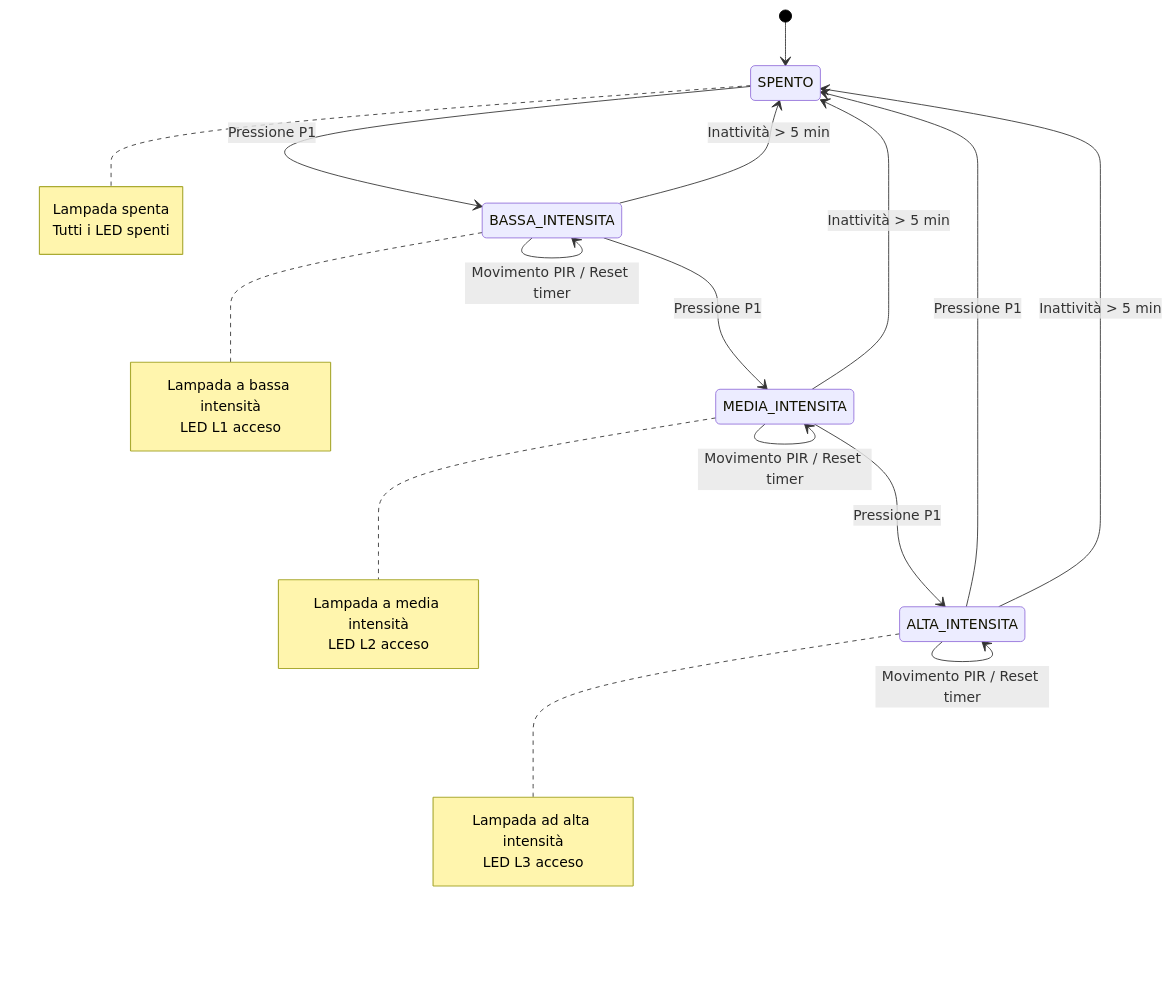
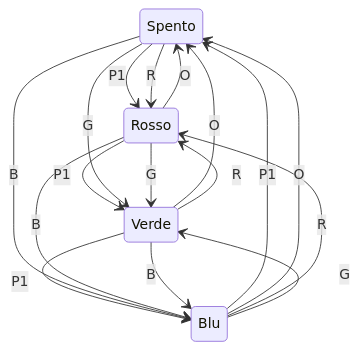
One commit to sebastianomelita/ArduinoBareMetal changed the diagram in luciseriale.md. Above: the diagram before and after it, drawn with Mermaid.

````diff
--- a/luciseriale.md
+++ b/luciseriale.md
@@ -92,38 +92,24 @@
 ```mermaid
 %%{init: {'theme': 'default', 'themeVariables': { 'primaryColor': '#ffffff', 'primaryTextColor': '#000000', 'primaryBorderColor': '#000000', 'lineColor': '#000000', 'secondaryColor': '#f4f4f4', 'tertiaryColor': '#ffffff' }}}%%
 stateDiagram-v2
-    [*] --> SPENTO
+    Spento --> Rosso: P1
+    Rosso --> Verde: P1
+    Verde --> Blu: P1
+    Blu --> Spento: P1
     
-    SPENTO --> BASSA_INTENSITA: Pressione P1
-    BASSA_INTENSITA --> MEDIA_INTENSITA: Pressione P1
-    MEDIA_INTENSITA --> ALTA_INTENSITA: Pressione P1
-    ALTA_INTENSITA --> SPENTO: Pressione P1
+    Spento --> Rosso: R
+    Spento --> Verde: G
+    Spento --> Blu: B
     
-    BASSA_INTENSITA --> SPENTO: Inattività > 5 min
-    MEDIA_INTENSITA --> SPENTO: Inattività > 5 min
-    ALTA_INTENSITA --> SPENTO: Inattività > 5 min
+    Rosso --> Spento: O
+    Rosso --> Verde: G
+    Rosso --> Blu: B
     
-    BASSA_INTENSITA --> BASSA_INTENSITA: Movimento PIR / Reset timer
-    MEDIA_INTENSITA --> MEDIA_INTENSITA: Movimento PIR / Reset timer
-    ALTA_INTENSITA --> ALTA_INTENSITA: Movimento PIR / Reset timer
+    Verde --> Spento: O
+    Verde --> Rosso: R
+    Verde --> Blu: B
     
-    note right of SPENTO
-        Lampada spenta
-        Tutti i LED spenti
-    end note
-    
-    note right of BASSA_INTENSITA
-        Lampada a bassa intensità
-        LED L1 acceso
-    end note
-    
-    note right of MEDIA_INTENSITA
-        Lampada a media intensità
-        LED L2 acceso
-    end note
-    
-    note right of ALTA_INTENSITA
-        Lampada ad alta intensità
-        LED L3 acceso
-    end note
+    Blu --> Spento: O
+    Blu --> Rosso: R
+    Blu --> Verde: G
 ```
````
